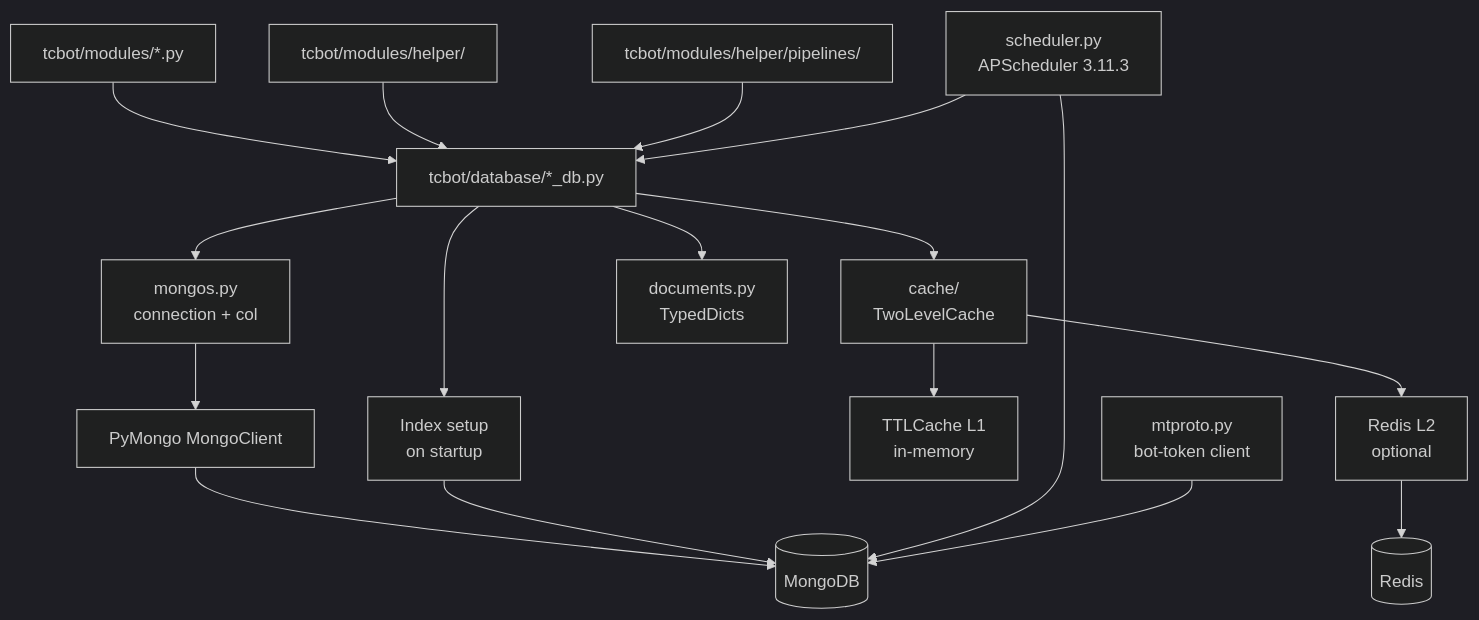
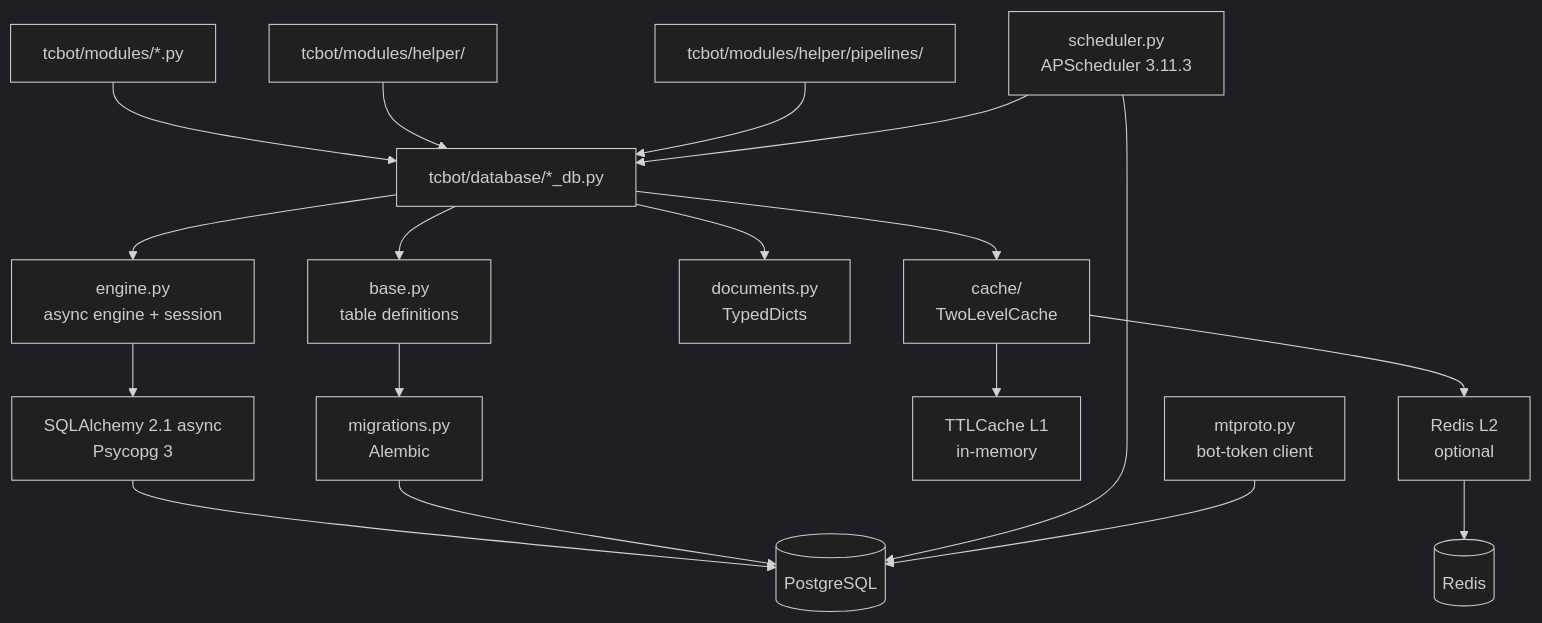
One commit to D1ZZY4/tcbot changed the diagram in docs/architecture/database.md. Above: the diagram before and after it, drawn with Mermaid (dark theme). The commit also changed other lines of this file and 132 other files, not shown here.

````diff
--- a/docs/architecture/database.md
+++ b/docs/architecture/database.md
@@ -9,19 +16,20 @@
 ```mermaid
 flowchart TD
     Modules[tcbot/modules/*.py] --> DBHelpers[tcbot/database/*_db.py]
     Helpers[tcbot/modules/helper/] --> DBHelpers
     Workflows[tcbot/modules/helper/pipelines/] --> DBHelpers
-    DBHelpers --> Mongos[mongos.py<br/>connection + col]
+    DBHelpers --> Engine[engine.py<br/>async engine + session]
     DBHelpers --> Cache[cache/<br/>TwoLevelCache]
     DBHelpers --> Documents[documents.py<br/>TypedDicts]
-    Mongos --> PyMongo[PyMongo MongoClient]
-    PyMongo --> MongoDB[(MongoDB)]
-    DBHelpers --> Indexes[Index setup<br/>on startup]
-    Indexes --> MongoDB
+    DBHelpers --> Schema[base.py<br/>table definitions]
+    Engine --> SQLAlchemy[SQLAlchemy 2.1 async<br/>Psycopg 3]
+    SQLAlchemy --> Postgres[(PostgreSQL)]
+    Schema --> Migrations[migrations.py<br/>Alembic]
+    Migrations --> Postgres
     Cache --> L1[TTLCache L1<br/>in-memory]
     Cache --> L2[Redis L2<br/>optional]
     L2 --> Redis[(Redis)]
-    Scheduler[scheduler.py<br/>APScheduler 3.11.3] --> MongoDB
+    Scheduler[scheduler.py<br/>APScheduler 3.11.3] --> Postgres
     Scheduler --> DBHelpers
-    MTProto[mtproto.py<br/>bot-token client] --> MongoDB
+    MTProto[mtproto.py<br/>bot-token client] --> Postgres
 ```
````
